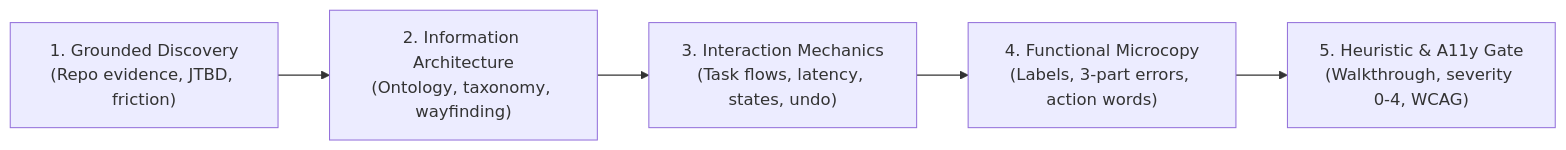
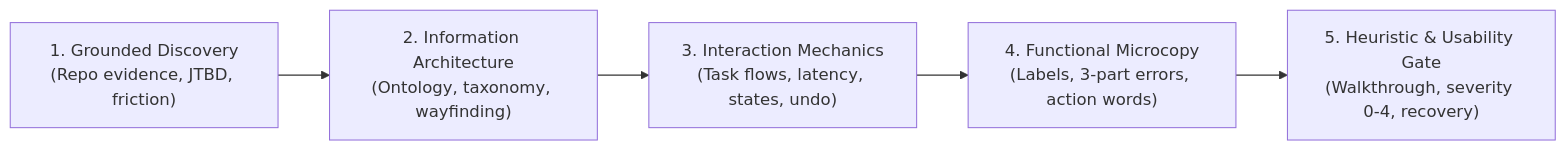
One commit to gowtham2thrive/agent-grimoire changed the diagram in .agents/skills/ux-engineering/SKILL.md. Above: the diagram before and after it, drawn with Mermaid. The commit also changed other lines of this file and 31 other files, not shown here.

````diff
--- a/.agents/skills/ux-engineering/SKILL.md
+++ b/.agents/skills/ux-engineering/SKILL.md
@@ -22,7 +23,7 @@
 ```mermaid
 flowchart LR
     P1["1. Grounded Discovery<br/>(Repo evidence, JTBD, friction)"] --> P2["2. Information Architecture<br/>(Ontology, taxonomy, wayfinding)"]
     P2 --> P3["3. Interaction Mechanics<br/>(Task flows, latency, states, undo)"]
     P3 --> P4["4. Functional Microcopy<br/>(Labels, 3-part errors, action words)"]
-    P4 --> P5["5. Heuristic & A11y Gate<br/>(Walkthrough, severity 0-4, WCAG)"]
+    P4 --> P5["5. Heuristic & Usability Gate<br/>(Walkthrough, severity 0-4, recovery)"]
 ```
````
